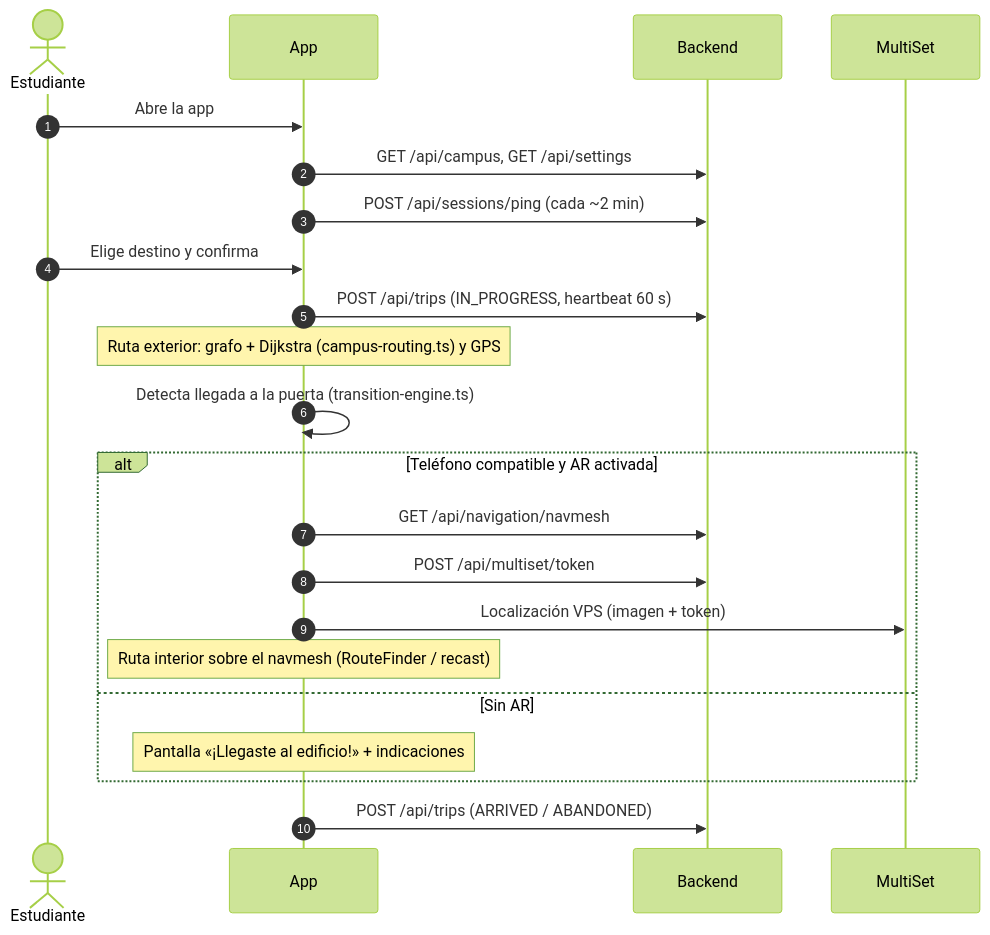
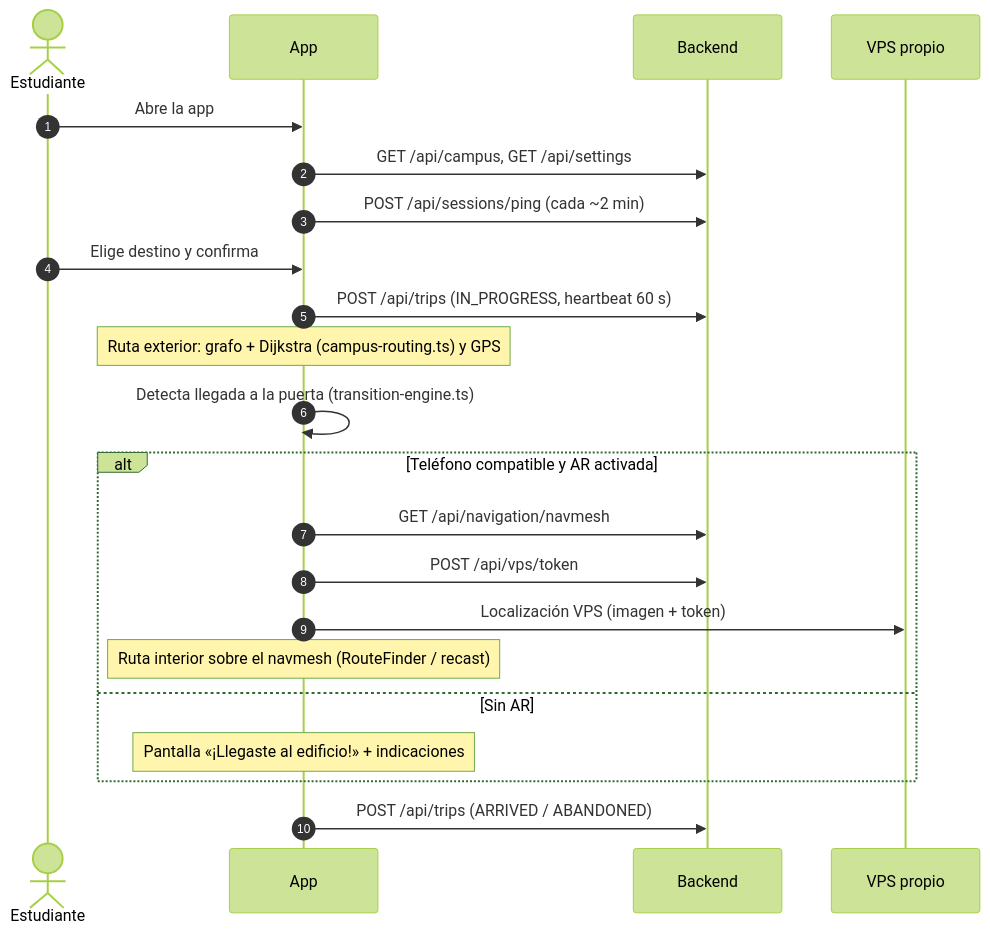
The second of 3 diagrams in docs/ECOSISTEMA.md (KronoIV/ms-ucoMap-backend), drawn with Mermaid (forest theme) before and after one commit. The commit also changed other lines of this file and 38 other files, not shown here.

Commit message:
Quitar MultiSet y agregar tokens del VPS propio (/api/vps)

````diff
--- a/docs/ECOSISTEMA.md
+++ b/docs/ECOSISTEMA.md
@@ -140,24 +166,24 @@
 ```mermaid
 sequenceDiagram
     autonumber
     actor E as Estudiante
     participant A as App
     participant B as Backend
-    participant M as MultiSet
+    participant M as VPS propio
     E->>A: Abre la app
     A->>B: GET /api/campus, GET /api/settings
     A->>B: POST /api/sessions/ping (cada ~2 min)
     E->>A: Elige destino y confirma
     A->>B: POST /api/trips (IN_PROGRESS, heartbeat 60 s)
     Note over A: Ruta exterior: grafo + Dijkstra (campus-routing.ts) y GPS
     A->>A: Detecta llegada a la puerta (transition-engine.ts)
     alt Teléfono compatible y AR activada
         A->>B: GET /api/navigation/navmesh
-        A->>B: POST /api/multiset/token
+        A->>B: POST /api/vps/token
         A->>M: Localización VPS (imagen + token)
         Note over A: Ruta interior sobre el navmesh (RouteFinder / recast)
     else Sin AR
         Note over A: Pantalla «¡Llegaste al edificio!» + indicaciones
     end
     A->>B: POST /api/trips (ARRIVED / ABANDONED)
 ```
````
